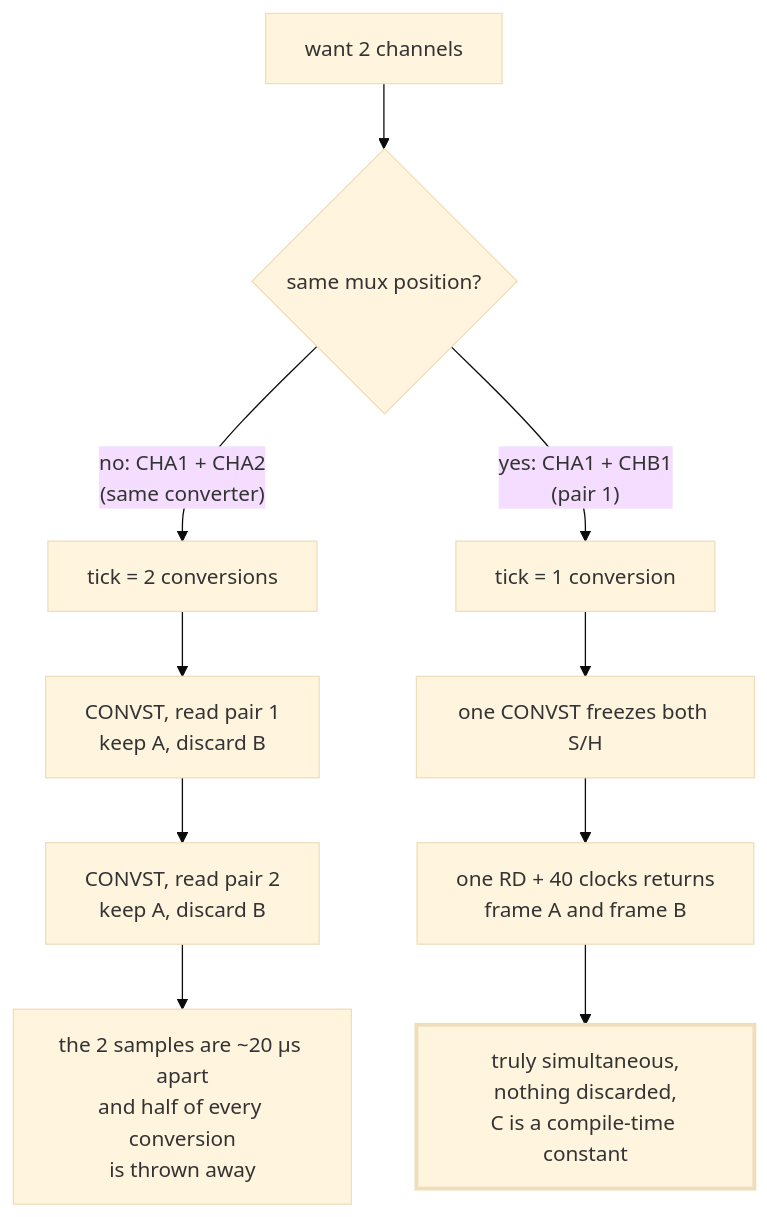
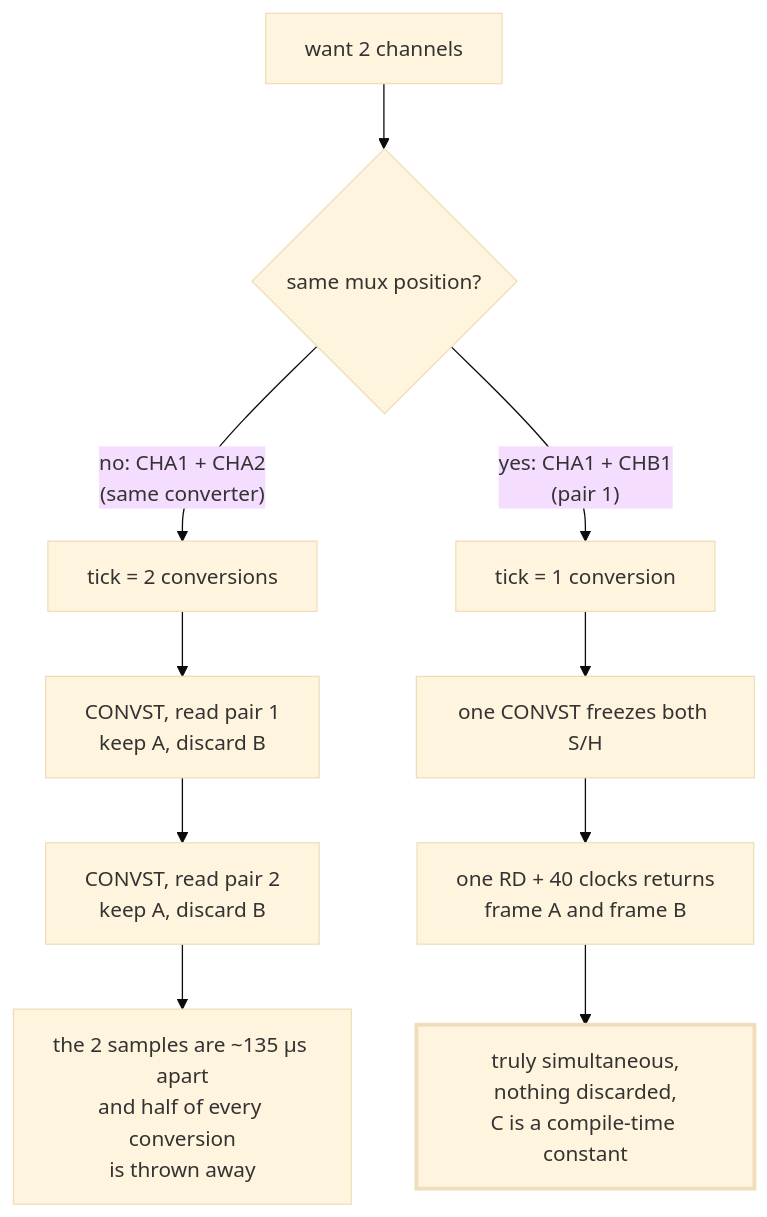
Before and after one commit to S-OConnor/MSP430_TestRepo: the tenth of 13 diagrams in docs/DESIGN.md, drawn with Mermaid (base theme). The commit also changed other lines of this file and 13 other files, not shown here.

````diff
--- a/docs/DESIGN.md
+++ b/docs/DESIGN.md
@@ -996,16 +1000,16 @@
 ```mermaid
 flowchart TD
     NEED["want 2 channels"] --> Q{"same mux position?"}
 
     Q -->|"no: CHA1 + CHA2<br/>(same converter)"| TWO["tick = 2 conversions"]
     TWO --> T1["CONVST, read pair 1<br/>keep A, discard B"]
     T1 --> T2["CONVST, read pair 2<br/>keep A, discard B"]
-    T2 --> NOSIM["the 2 samples are ~20 µs apart<br/>and half of every conversion<br/>is thrown away"]
+    T2 --> NOSIM["the 2 samples are ~135 µs apart<br/>and half of every conversion<br/>is thrown away"]
 
     Q -->|"yes: CHA1 + CHB1<br/>(pair 1)"| ONE["tick = 1 conversion"]
     ONE --> O1["one CONVST freezes both S/H"]
     O1 --> O2["one RD + 40 clocks returns<br/>frame A and frame B"]
     O2 --> SIM["truly simultaneous,<br/>nothing discarded,<br/>C is a compile-time constant"]
 
     style SIM stroke-width:3px
 ```
````
